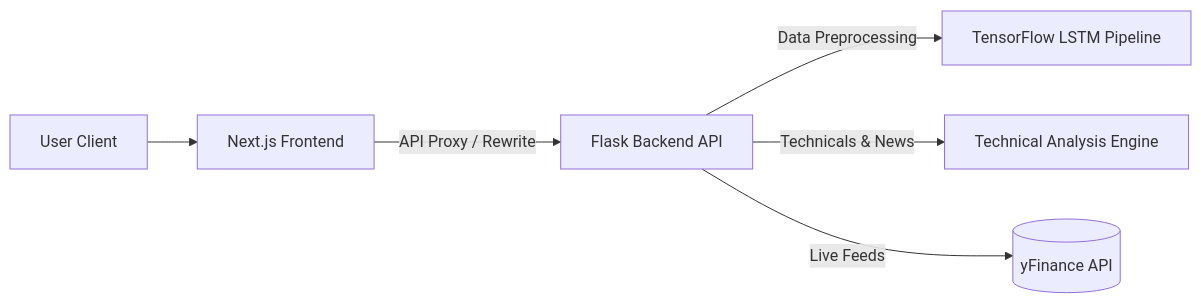
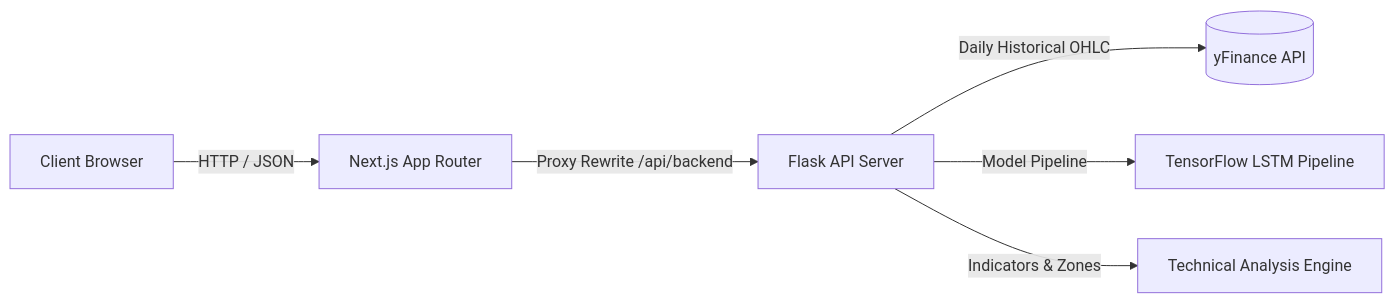
Before and after one commit to khushibhadangkar/NeuroTrade: the diagram in README.md, drawn with Mermaid. The commit also changed other lines of this file, not shown here.

Commit message:
docs: rewrite README to align with senior engineering standards

````diff
--- a/README.md
+++ b/README.md
@@ -99,8 +111,8 @@
 ```mermaid
 graph LR
-    User[User Client] --> Frontend[Next.js Frontend]
-    Frontend -->|API Proxy / Rewrite| API[Flask Backend API]
-    API -->|Data Preprocessing| ML[TensorFlow LSTM Pipeline]
-    API -->|Technicals & News| Technicals[Technical Analysis Engine]
-    API -->|Live Feeds| yFinance[(yFinance API)]
+    User[Client Browser] -->|HTTP / JSON| Frontend[Next.js App Router]
+    Frontend -->|Proxy Rewrite /api/backend| Backend[Flask API Server]
+    Backend -->|Daily Historical OHLC| yFinance[(yFinance API)]
+    Backend -->|Model Pipeline| TensorFlow[TensorFlow LSTM Pipeline]
+    Backend -->|Indicators & Zones| Technicals[Technical Analysis Engine]
 ```
````
